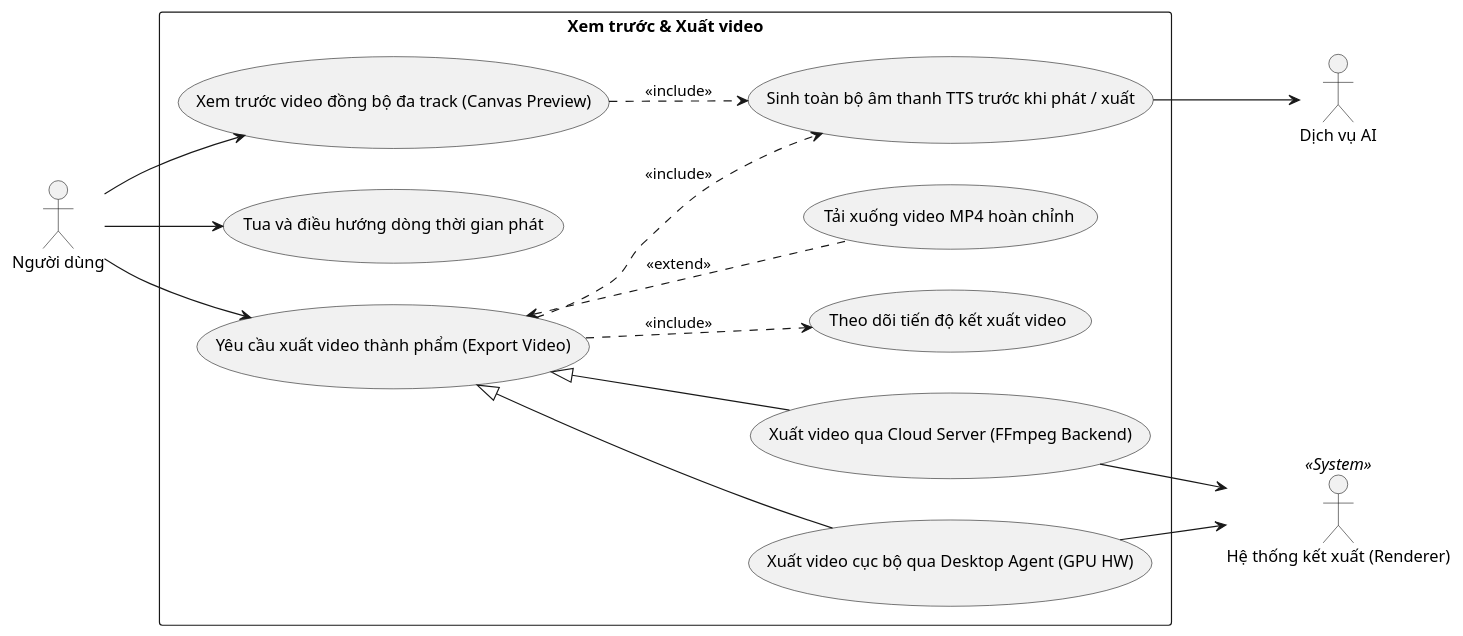
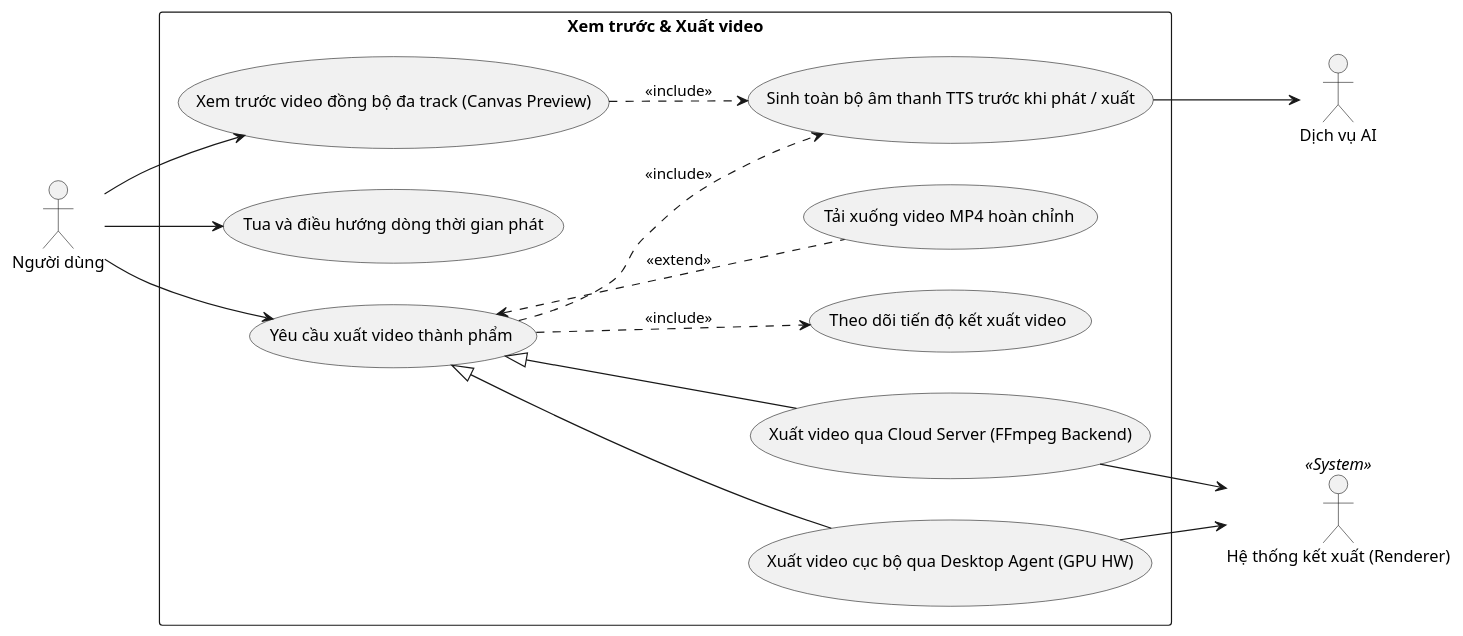
Before and after one commit to 202416852-anhpv/story2video-docs: the diagram in docs/bieu-do-uc/bieu-do-uc-chi-tiet/make/dung-va-xuat-video/xem-truoc-va-xuat-video.puml, drawn with PlantUML. The commit also changed 8 other files, not shown here.

```diff
--- a/docs/bieu-do-uc/bieu-do-uc-chi-tiet/make/dung-va-xuat-video/xem-truoc-va-xuat-video.puml
+++ b/docs/bieu-do-uc/bieu-do-uc-chi-tiet/make/dung-va-xuat-video/xem-truoc-va-xuat-video.puml
@@ -1,36 +1,36 @@
 @startuml xem-truoc-va-xuat-video
 left to right direction
 
 actor "Người dùng" as User
 actor "Dịch vụ AI" as AI_Service
 actor "Hệ thống kết xuất (Renderer)" as Render_Service <<System>>
 
 rectangle "Xem trước & Xuất video" {
     usecase "Xem trước video đồng bộ đa track (Canvas Preview)" as UC_01
     usecase "Tua và điều hướng dòng thời gian phát" as UC_02
     usecase "Sinh toàn bộ âm thanh TTS trước khi phát / xuất" as UC_03
-    usecase "Yêu cầu xuất video thành phẩm (Export Video)" as UC_04
+    usecase "Yêu cầu xuất video thành phẩm" as UC_04
     usecase "Xuất video qua Cloud Server (FFmpeg Backend)" as UC_04_1
     usecase "Xuất video cục bộ qua Desktop Agent (GPU HW)" as UC_04_2
     usecase "Theo dõi tiến độ kết xuất video" as UC_05
     usecase "Tải xuống video MP4 hoàn chỉnh" as UC_06
 }
 
 User --> UC_01
 User --> UC_02
 User --> UC_04
 
 UC_01 ..> UC_03 : <<include>>
 UC_04 ..> UC_03 : <<include>>
 UC_03 --> AI_Service
 
 UC_04 <|-- UC_04_1
 UC_04 <|-- UC_04_2
 
 UC_04_1 --> Render_Service
 UC_04_2 --> Render_Service
 
 UC_04 ..> UC_05 : <<include>>
 UC_04 <.. UC_06 : <<extend>>
 
 @enduml
```
